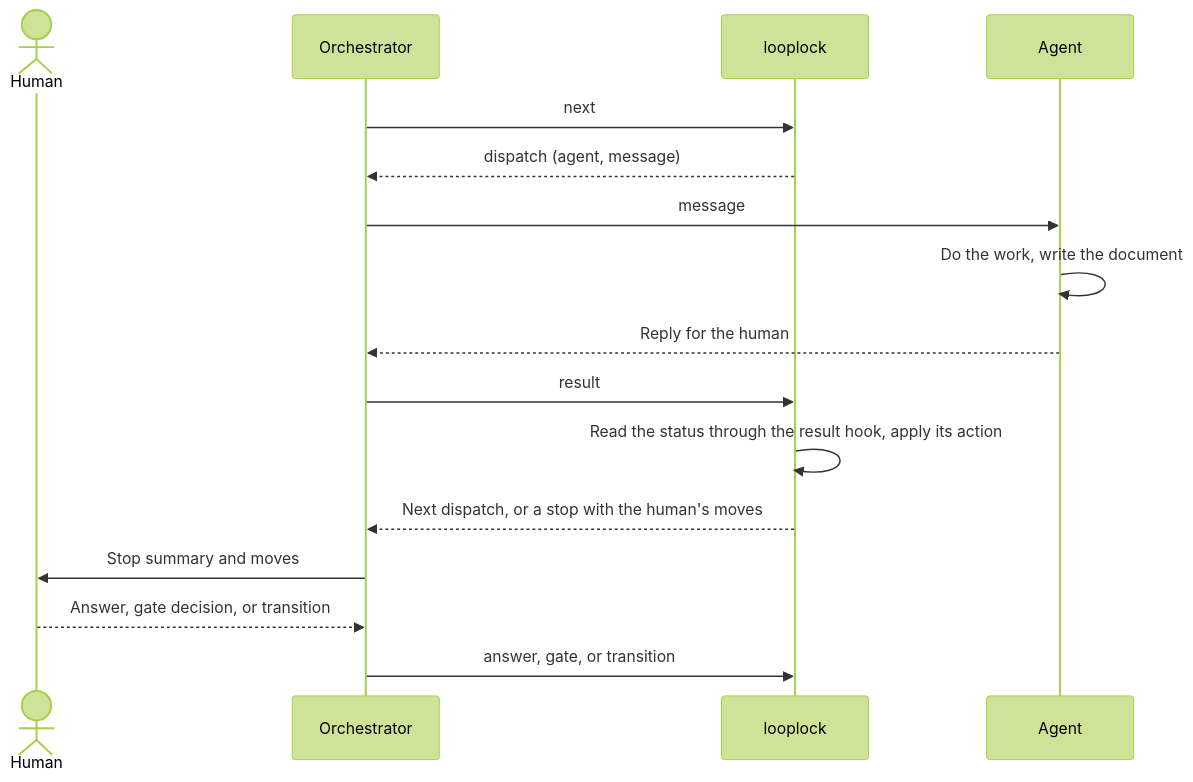
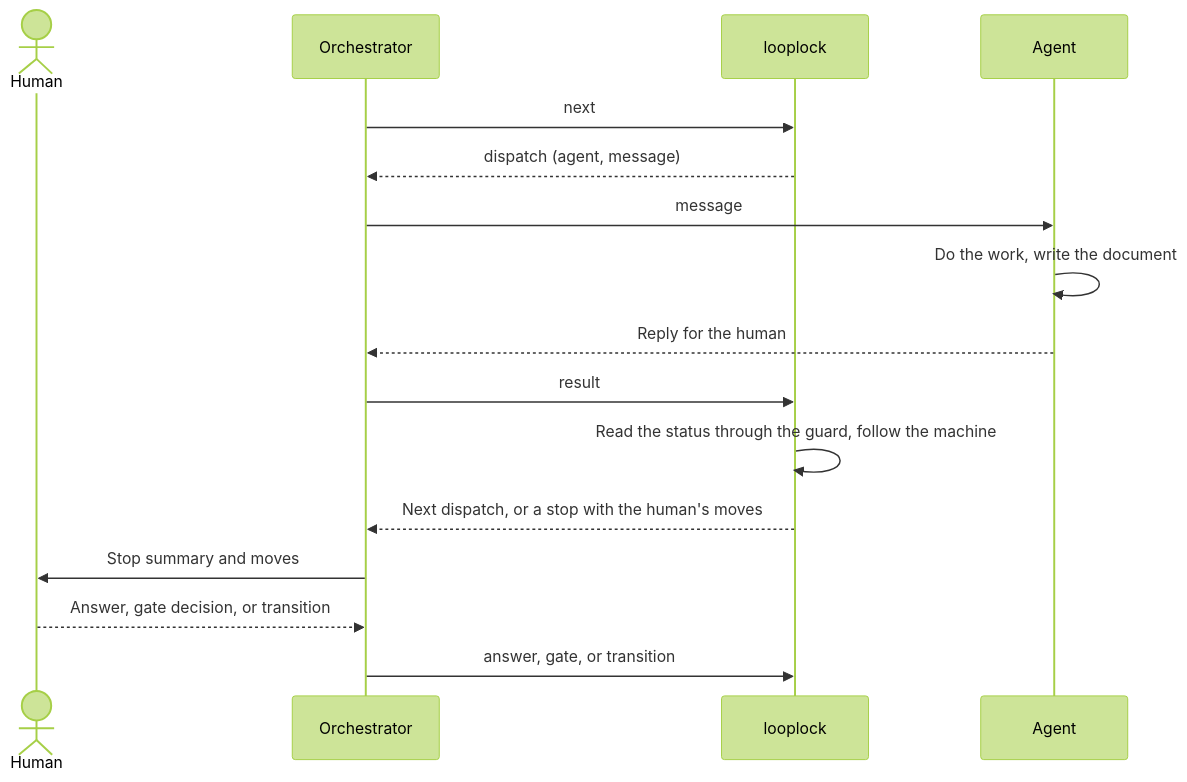
The diagram in README.md (push-based/iterward), drawn with Mermaid (forest theme) before and after one commit. The commit also changed other lines of this file and 63 other files, not shown here.

````diff
--- a/README.md
+++ b/README.md
@@ -21,18 +21,18 @@
 ```mermaid
 sequenceDiagram
     actor Human
     participant O as Orchestrator
     participant L as looplock
     participant A as Agent
     O->>L: next
     L-->>O: dispatch (agent, message)
     O->>A: message
     A->>A: Do the work, write the document
     A-->>O: Reply for the human
     O->>L: result
-    L->>L: Read the status through the result hook, apply its action
+    L->>L: Read the status through the guard, follow the machine
     L-->>O: Next dispatch, or a stop with the human's moves
     O->>Human: Stop summary and moves
     Human-->>O: Answer, gate decision, or transition
     O->>L: answer, gate, or transition
 ```
````
